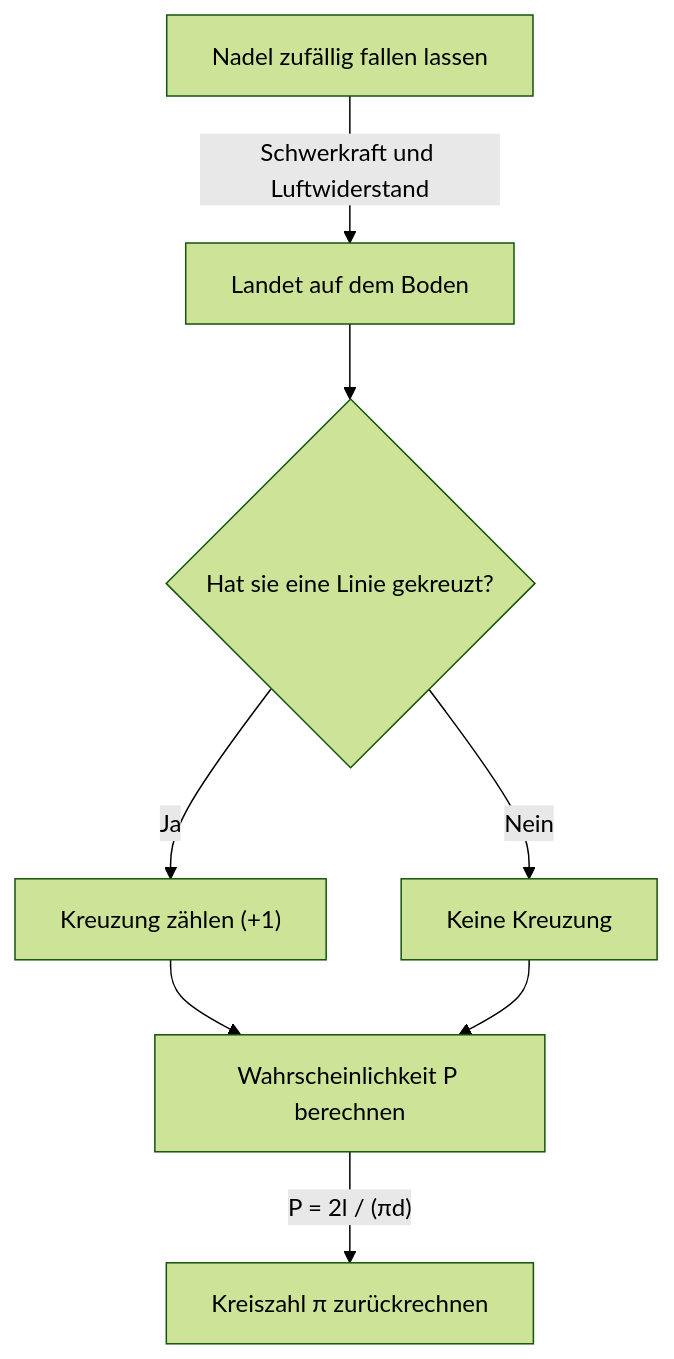
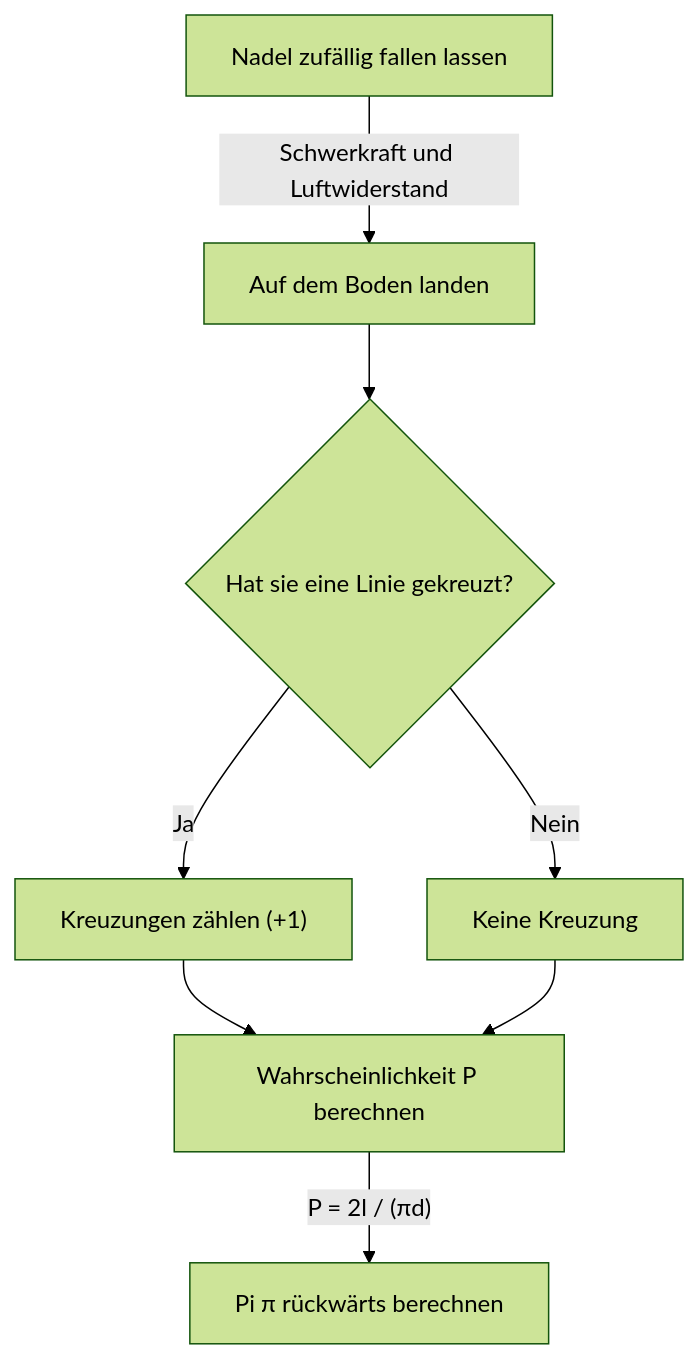
Before and after one commit to kenjinote/blog: the diagram in content/post/buffons-needle/index.de.md, drawn with Mermaid (forest theme). The commit also changed other lines of this file and 97 other files, not shown here.

````diff
--- a/content/post/buffons-needle/index.de.md
+++ b/content/post/buffons-needle/index.de.md
@@ -36,10 +36,10 @@
 ```mermaid
 graph TD
-    A["Nadel zufällig fallen lassen"] -->|"Schwerkraft und Luftwiderstand"| B["Landet auf dem Boden"]
+    A["Nadel zufällig fallen lassen"] -->|"Schwerkraft und Luftwiderstand"| B["Auf dem Boden landen"]
     B --> C{"Hat sie eine Linie gekreuzt?"}
-    C -->|"Ja"| D["Kreuzung zählen (+1)"]
+    C -->|"Ja"| D["Kreuzungen zählen (+1)"]
     C -->|"Nein"| E["Keine Kreuzung"]
     D --> F["Wahrscheinlichkeit P berechnen"]
     E --> F
-    F -->|"P = 2l / (πd)"| G["Kreiszahl π zurückrechnen"]
+    F -->|"P = 2l / (πd)"| G["Pi π rückwärts berechnen"]
 ```
````
